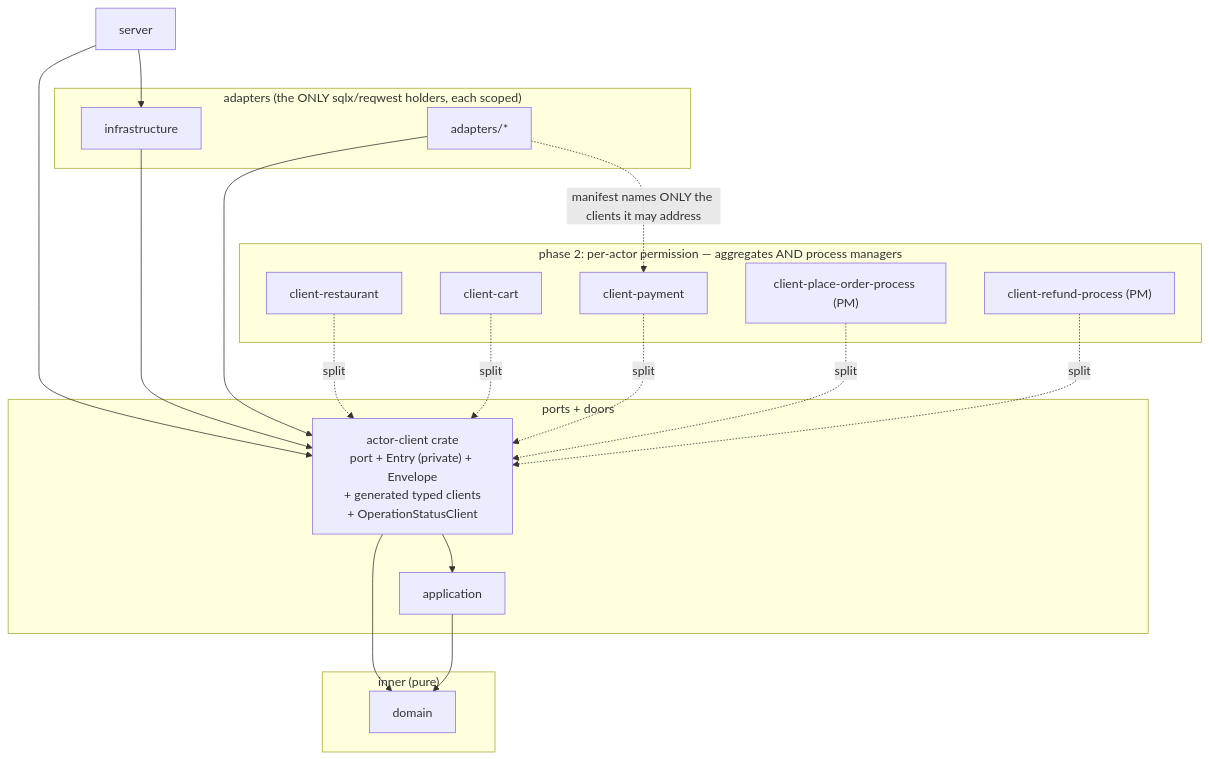
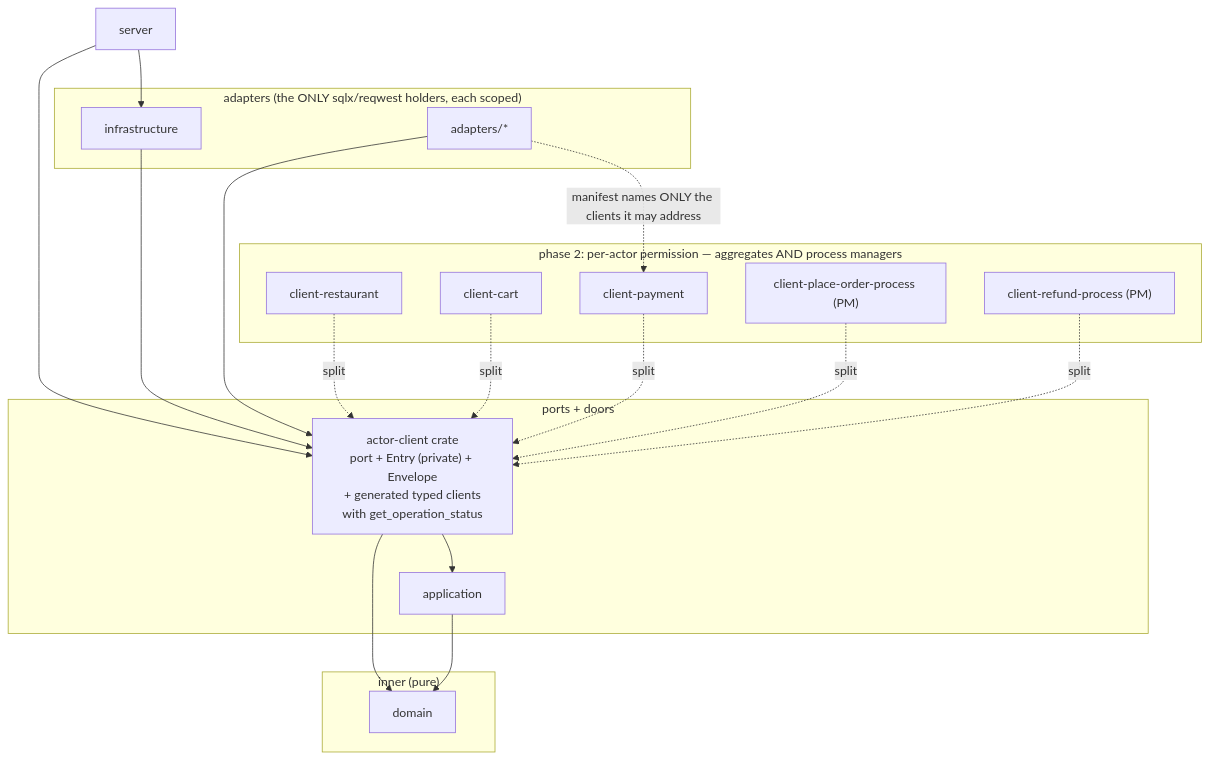
Before and after one commit to TheCaptainCompany/captain-food: the first of 2 diagrams in docs/proposals/PROP-20260802-130500-isolation-by-construction.md, drawn with Mermaid. The commit also changed other lines of this file and 2 other files, not shown here.

First line of the commit message:
docs: the actor client IS the read door -- get_operation_status, no separate status client

````diff
--- a/docs/proposals/PROP-20260802-130500-isolation-by-construction.md
+++ b/docs/proposals/PROP-20260802-130500-isolation-by-construction.md
@@ -79,25 +79,25 @@
 ```mermaid
 graph TD
     subgraph "inner (pure)"
         domain
     end
     subgraph "ports + doors"
         application --> domain
-        AC["actor-client crate<br/>port + Entry (private) + Envelope<br/>+ generated typed clients<br/>+ OperationStatusClient"] --> domain
+        AC["actor-client crate<br/>port + Entry (private) + Envelope<br/>+ generated typed clients<br/>with get_operation_status"] --> domain
         AC --> application
     end
     subgraph "phase 2: per-actor permission — aggregates AND process managers"
         CR[client-restaurant] -.split.-> AC
         CC[client-cart] -.split.-> AC
         CP[client-payment] -.split.-> AC
         PP["client-place-order-process (PM)"] -.split.-> AC
         RP["client-refund-process (PM)"] -.split.-> AC
     end
     subgraph "adapters (the ONLY sqlx/reqwest holders, each scoped)"
         infrastructure --> AC
         stripe["adapters/*"] --> AC
     end
     server --> AC
     server --> infrastructure
     stripe -. "manifest names ONLY the clients it may address" .-> CP
 ```
````
